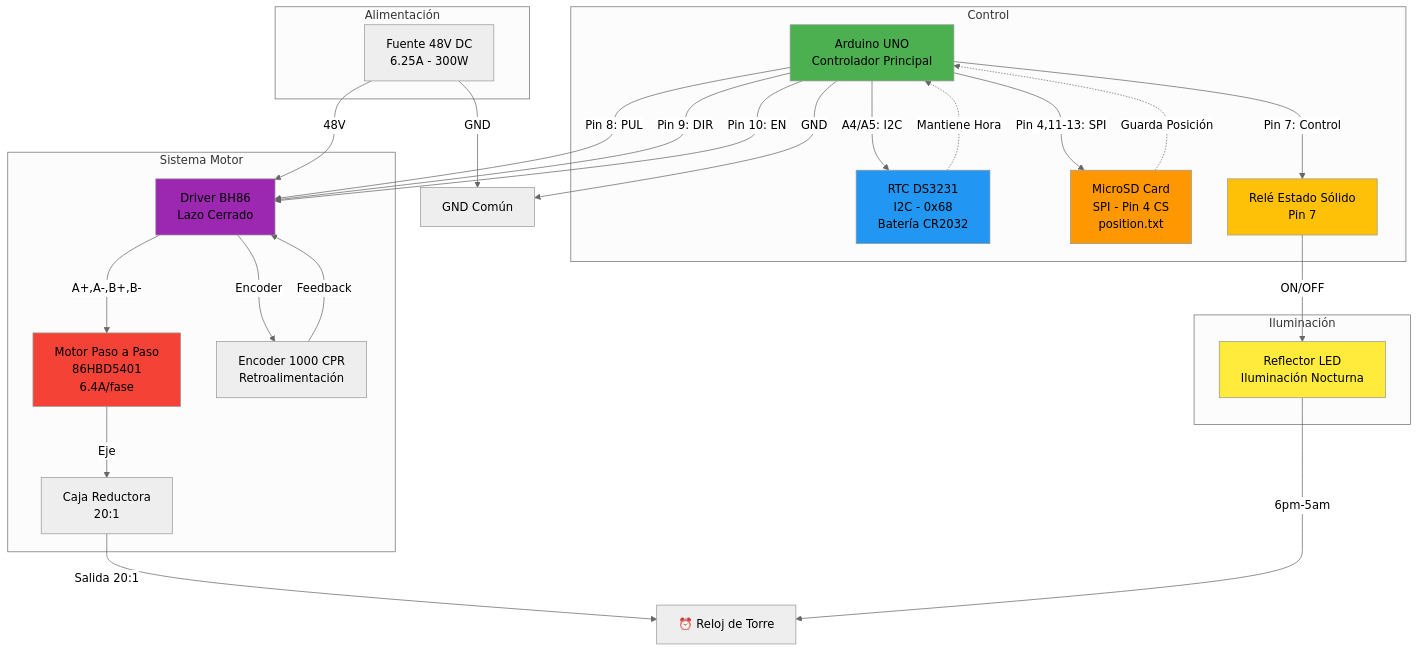
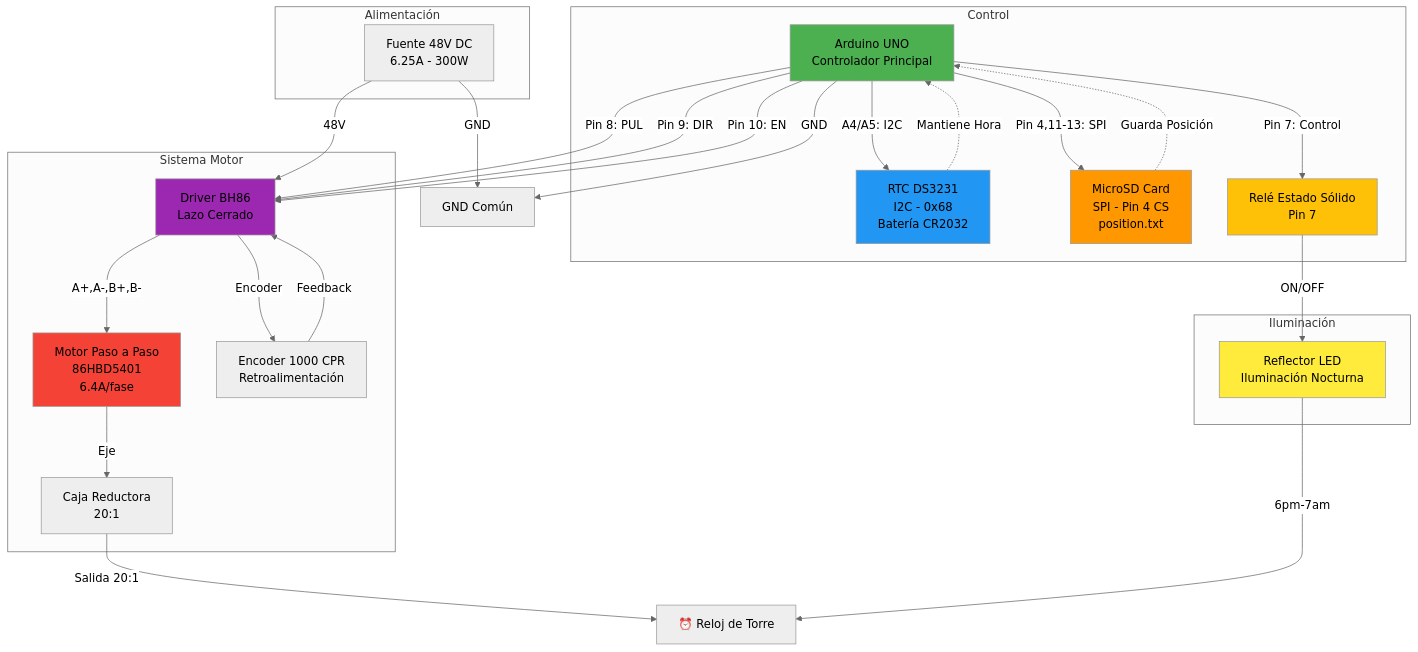
The diagram in README.md (MoonCloud02/RelojAntiguoPereira), drawn with Mermaid (neutral theme) before and after one commit. The commit also changed other lines of this file, not shown here.

````diff
--- a/README.md
+++ b/README.md
@@ -274,56 +274,56 @@
 ```mermaid
 graph TB
     subgraph Alimentación
         PSU[Fuente 48V DC<br/>6.25A - 300W]
     end
     
     subgraph Control
         ARD[Arduino UNO<br/>Controlador Principal]
         RTC[RTC DS3231<br/>I2C - 0x68<br/>Batería CR2032]
         SD[MicroSD Card<br/>SPI - Pin 4 CS<br/>position.txt]
         RELAY[Relé Estado Sólido<br/>Pin 7]
     end
     
     subgraph Motor_System[Sistema Motor]
         DRV[Driver BH86<br/>Lazo Cerrado]
         MOT[Motor Paso a Paso<br/>86HBD5401<br/>6.4A/fase]
         ENC[Encoder 1000 CPR<br/>Retroalimentación]
         GBX[Caja Reductora<br/>20:1]
     end
     
     subgraph Iluminación
         LED[Reflector LED<br/>Iluminación Nocturna]
     end
     
     PSU -->|48V| DRV
     PSU -->|GND| GND[GND Común]
     
     ARD -->|Pin 8: PUL| DRV
     ARD -->|Pin 9: DIR| DRV
     ARD -->|Pin 10: EN| DRV
     ARD -->|A4/A5: I2C| RTC
     ARD -->|Pin 4,11-13: SPI| SD
     ARD -->|Pin 7: Control| RELAY
     ARD -->|GND| GND
     
     DRV -->|A+,A-,B+,B-| MOT
     DRV -->|Encoder| ENC
     ENC -->|Feedback| DRV
     
     MOT -->|Eje| GBX
     GBX -->|Salida 20:1| CLOCK[⏰ Reloj de Torre]
     
     RELAY -->|ON/OFF| LED
-    LED -->|6pm-5am| CLOCK
+    LED -->|6pm-7am| CLOCK
     
     RTC -.->|Mantiene Hora| ARD
     SD -.->|Guarda Posición| ARD
     
     style ARD fill:#4CAF50
     style RTC fill:#2196F3
     style SD fill:#FF9800
     style DRV fill:#9C27B0
     style MOT fill:#F44336
     style RELAY fill:#FFC107
     style LED fill:#FFEB3B
 ```
````
